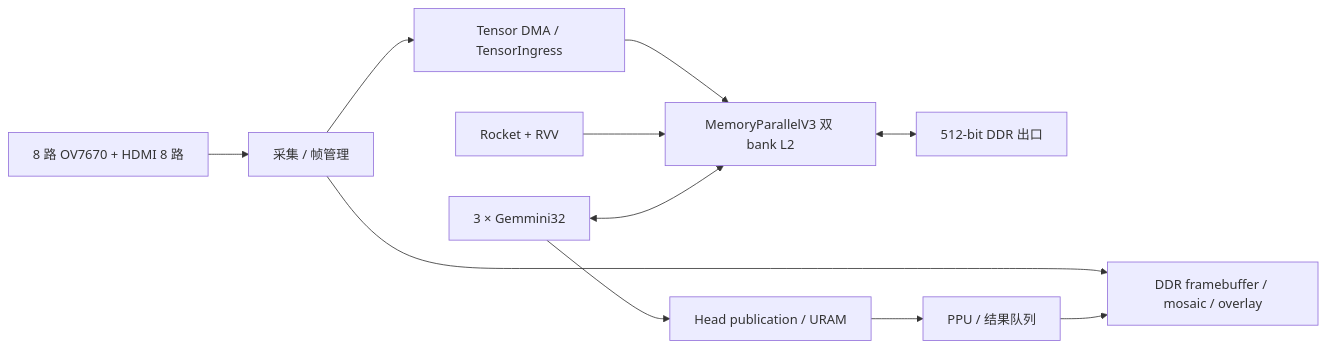
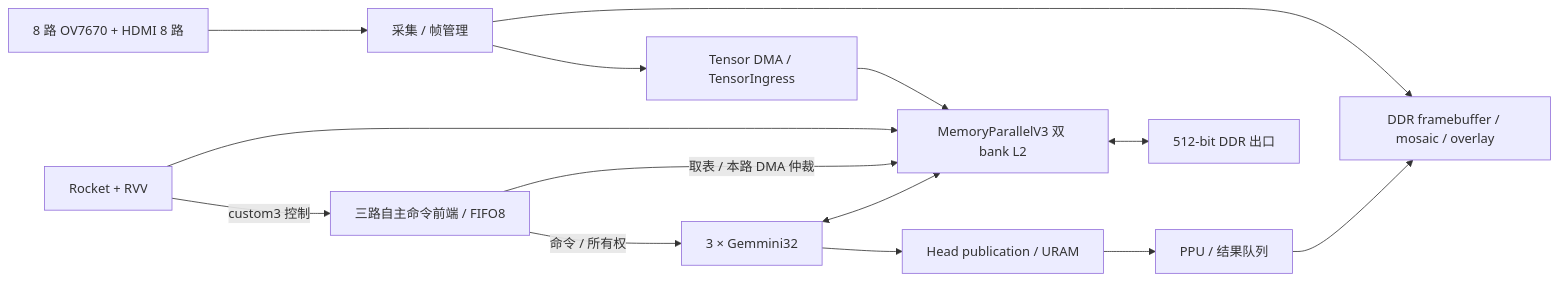
Before and after one commit to Cc-aw/sixteen_camera: the diagram in docs/architecture/hardware.md, drawn with Mermaid. The commit also changed other lines of this file and 124 other files, not shown here.

````diff
--- a/docs/architecture/hardware.md
+++ b/docs/architecture/hardware.md
@@ -9,13 +9,16 @@
 ```mermaid
 flowchart LR
     Cameras[8 路 OV7670 + HDMI 8 路] --> Video[采集 / 帧管理]
     Video --> Display[DDR framebuffer / mosaic / overlay]
     Video --> Tensor[Tensor DMA / TensorIngress]
     Tensor --> L2[MemoryParallelV3 双 bank L2]
     CPU[Rocket + RVV] --> L2
+    CPU -->|custom3 控制| FE[三路自主命令前端 / FIFO8]
+    FE -->|取表 / 本路 DMA 仲裁| L2
+    FE -->|命令 / 所有权| G
     G[3 × Gemmini32] <--> L2
     L2 <--> DDR[512-bit DDR 出口]
     G --> Head[Head publication / URAM]
     Head --> PPU[PPU / 结果队列]
     PPU --> Display
 ```
````
